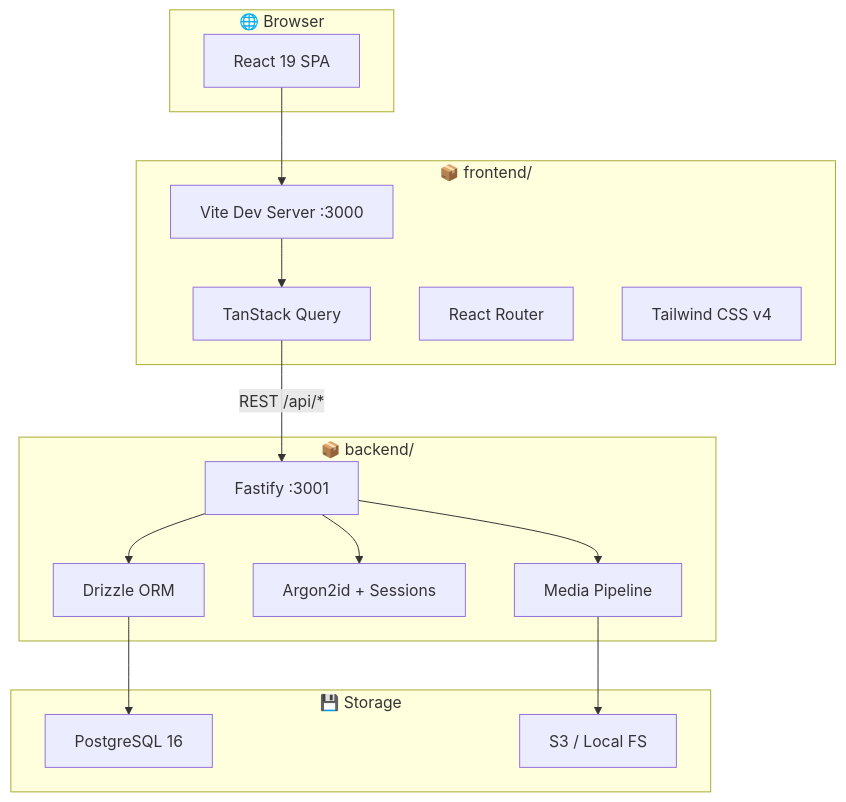
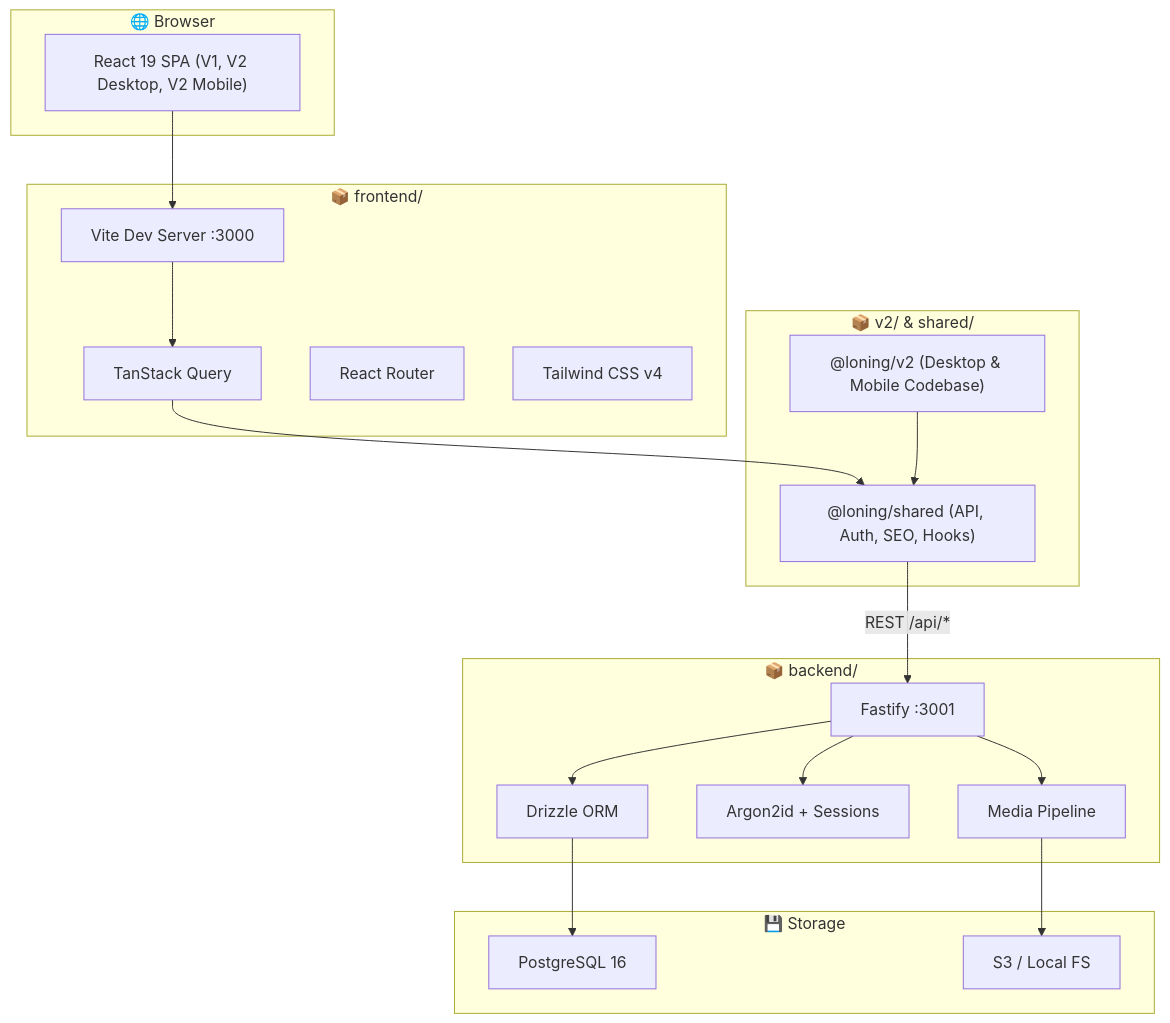
The first of 4 diagrams in README.md (michaelxdips/LoningMarketplace), drawn with Mermaid before and after one commit. The commit also changed other lines of this file, not shown here.

Commit message:
docs: sinkronkan arsitektur 4-workspace, struktur direktori v2 & shared, serta fitur baru di README

````diff
--- a/README.md
+++ b/README.md
@@ -66,34 +66,41 @@
 ```mermaid
 graph TB
     subgraph Client["🌐 Browser"]
-        SPA["React 19 SPA"]
+        SPA["React 19 SPA (V1, V2 Desktop, V2 Mobile)"]
     end
 
     subgraph Frontend["📦 frontend/"]
         Vite["Vite Dev Server :3000"]
         TQ["TanStack Query"]
         RR["React Router"]
         TW["Tailwind CSS v4"]
+    end
+
+    subgraph V2Workspace["📦 v2/ & shared/"]
+        SharedPkg["@loning/shared (API, Auth, SEO, Hooks)"]
+        V2Desktop["@loning/v2 (Desktop & Mobile Codebase)"]
     end
 
     subgraph Backend["📦 backend/"]
         Fastify["Fastify :3001"]
         Drizzle["Drizzle ORM"]
         Auth["Argon2id + Sessions"]
         Media["Media Pipeline"]
     end
 
     subgraph Storage["💾 Storage"]
         PG["PostgreSQL 16"]
         S3["S3 / Local FS"]
     end
 
     SPA --> Vite
     Vite --> TQ
-    TQ -->|"REST /api/*"| Fastify
+    TQ --> SharedPkg
+    V2Desktop --> SharedPkg
+    SharedPkg -->|"REST /api/*"| Fastify
     Fastify --> Drizzle
     Drizzle --> PG
     Fastify --> Auth
     Media --> S3
     Fastify --> Media
 ```
````
